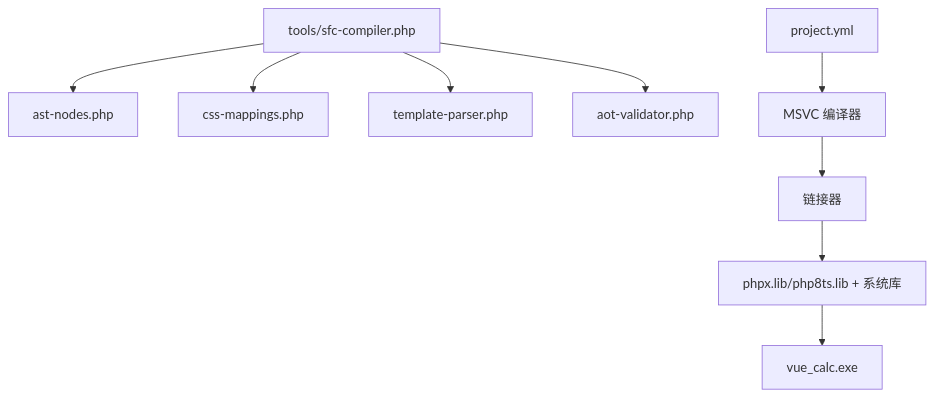
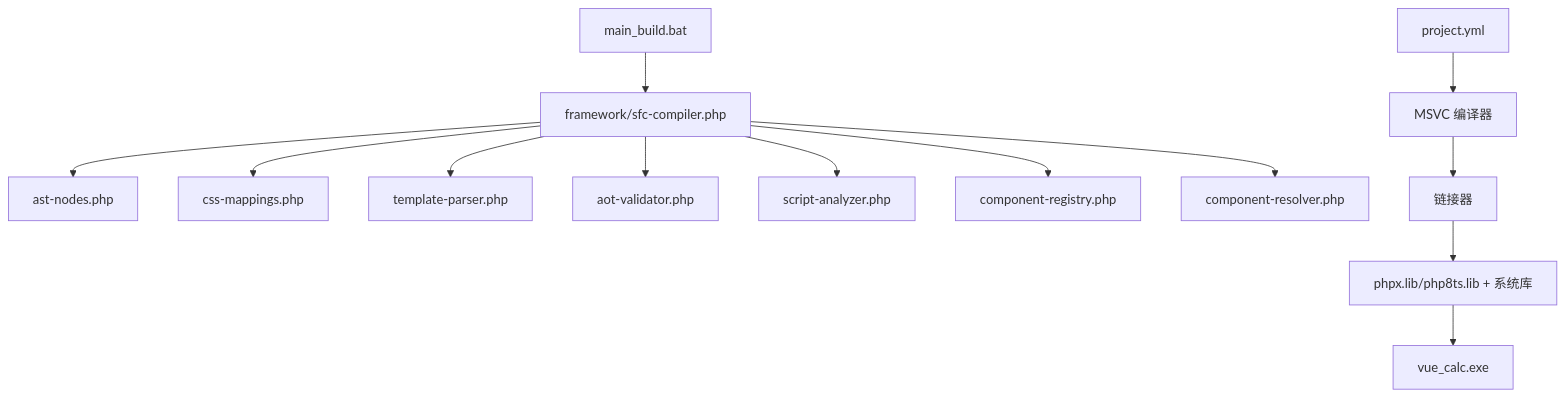
The eighth of 8 diagrams in .qoder/repowiki/zh/content/构建和部署.md (xingye00186/PHP-Data-UI-Framework-powered-by-swooleAOT), drawn with Mermaid before and after one commit. The commit also changed other lines of this file and 7 other files, not shown here.

````diff
--- a/.qoder/repowiki/zh/content/构建和部署.md
+++ b/.qoder/repowiki/zh/content/构建和部署.md
@@ -276,11 +340,15 @@
 ```mermaid
 graph TB
-SFC["tools/sfc-compiler.php"] --> AST["ast-nodes.php"]
+AppBuilder["main_build.bat"] --> SFC["framework/sfc-compiler.php"]
+SFC --> AST["ast-nodes.php"]
 SFC --> CSS["css-mappings.php"]
 SFC --> TP["template-parser.php"]
 SFC --> AV["aot-validator.php"]
+SFC --> SA["script-analyzer.php"]
+SFC --> CR["component-registry.php"]
+SFC --> CRES["component-resolver.php"]
 AOT["project.yml"] --> MSVC["MSVC 编译器"]
 MSVC --> LINK["链接器"]
 LINK --> RUNTIME["phpx.lib/php8ts.lib + 系统库"]
 RUNTIME --> EXE["vue_calc.exe"]
 ```
````
